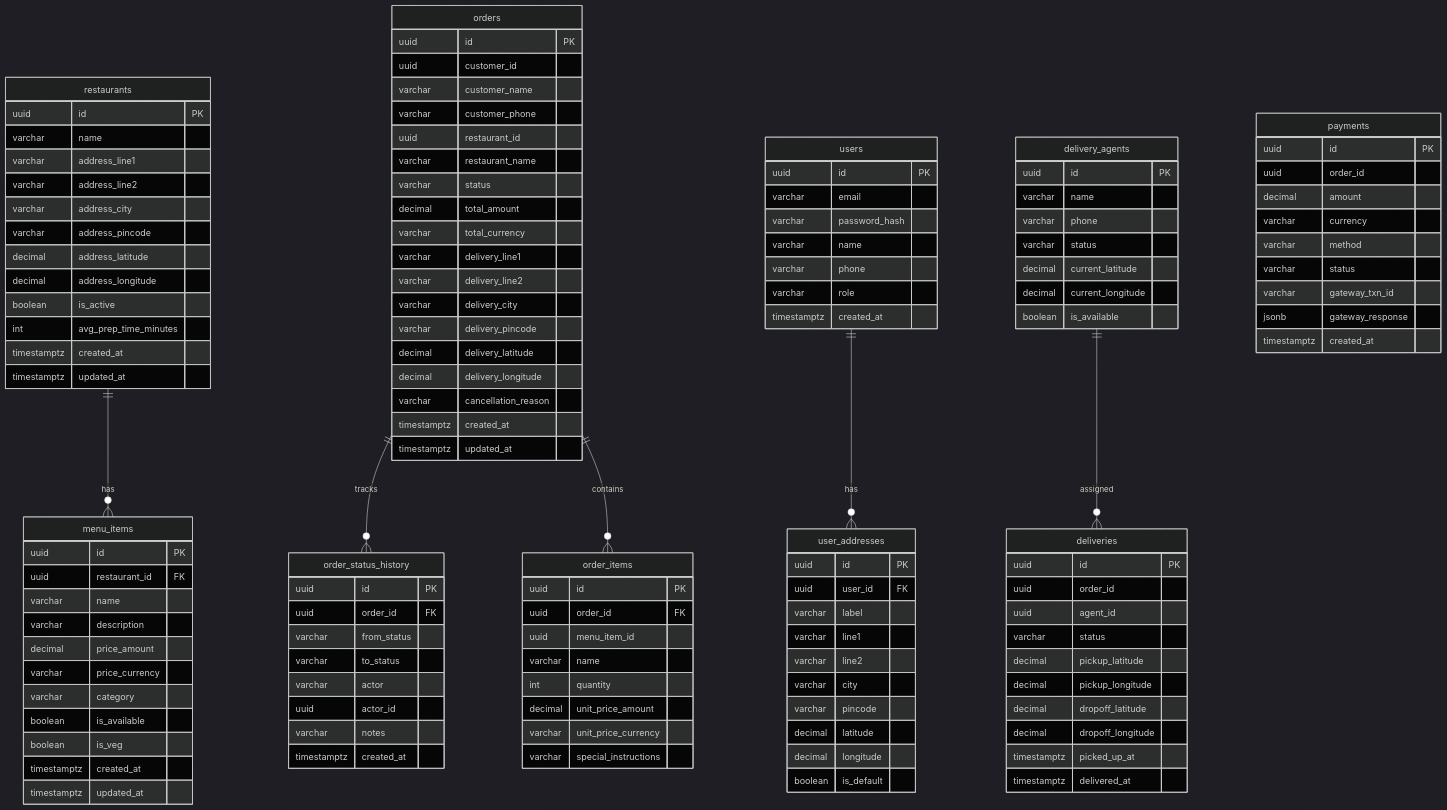
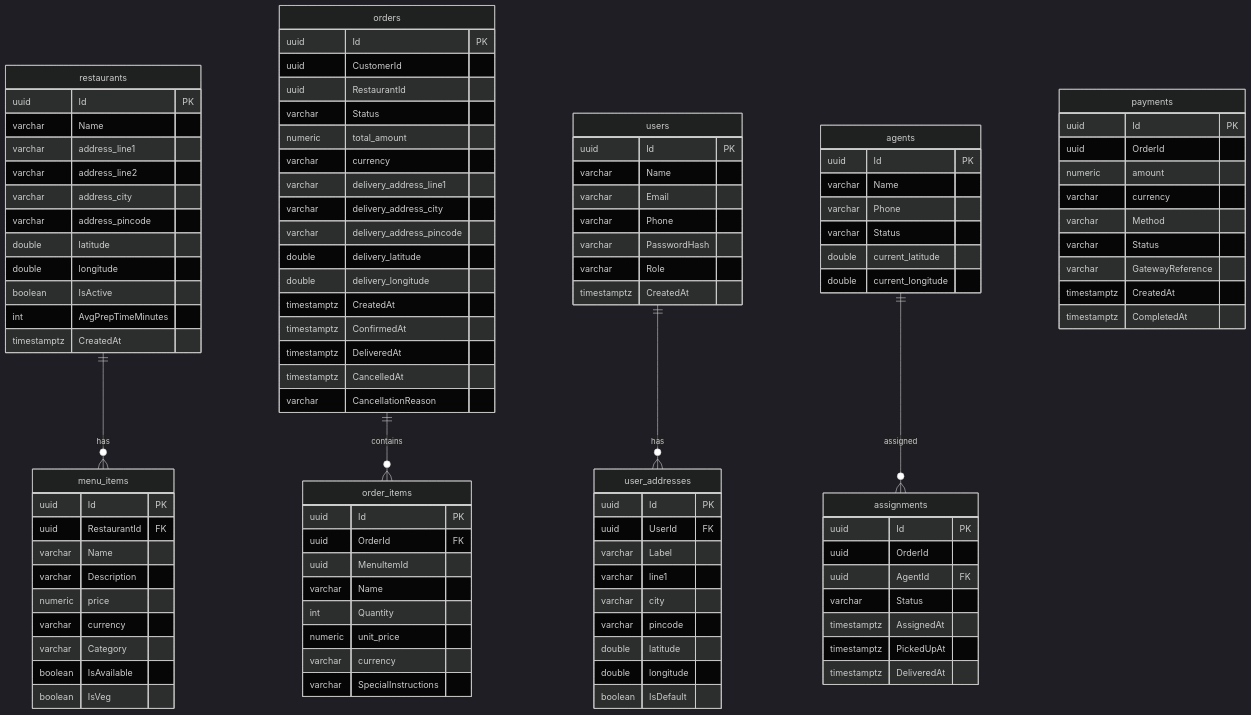
Before and after one commit to desiarchitect/tadka-cohort: the diagram in docs/diagrams/day-03-er-diagram.md, drawn with Mermaid (dark theme). The commit also changed other lines of this file and 1 other file, not shown here.

Commit message:
day-03 docs: reconcile schema doc + ER diagram to the live EF model
Regenerated from the running DB: correct 9 tables (no phantom order_status_history), clean owned-VO money columns (total_amount/currency, unit_price, price, amount), delivery tables agents/assignments, restaurants address_* + latitude/longitude. Documented the mixed PascalCase/snake_case casing honestly. Design rules + seed (incl. seeded customer) updated.

````diff
--- a/docs/diagrams/day-03-er-diagram.md
+++ b/docs/diagrams/day-03-er-diagram.md
@@ -7,147 +7,116 @@
 ```mermaid
 erDiagram
-    %% ===== RESTAURANT SCHEMA (green) =====
+    %% ===== restaurant schema =====
     restaurants {
-        uuid id PK
-        varchar name
+        uuid Id PK
+        varchar Name
         varchar address_line1
         varchar address_line2
         varchar address_city
         varchar address_pincode
-        decimal address_latitude
-        decimal address_longitude
-        boolean is_active
-        int avg_prep_time_minutes
-        timestamptz created_at
-        timestamptz updated_at
+        double latitude
+        double longitude
+        boolean IsActive
+        int AvgPrepTimeMinutes
+        timestamptz CreatedAt
     }
-
     menu_items {
-        uuid id PK
-        uuid restaurant_id FK
-        varchar name
-        varchar description
-        decimal price_amount
-        varchar price_currency
-        varchar category
-        boolean is_available
-        boolean is_veg
-        timestamptz created_at
-        timestamptz updated_at
+        uuid Id PK
+        uuid RestaurantId FK
+        varchar Name
+        varchar Description
+        numeric price
+        varchar currency
+        varchar Category
+        boolean IsAvailable
+        boolean IsVeg
     }
-
     restaurants ||--o{ menu_items : "has"
 
-    %% ===== ORDERING SCHEMA (blue) =====
+    %% ===== ordering schema =====
     orders {
-        uuid id PK
-        uuid customer_id
-        varchar customer_name
-        varchar customer_phone
-        uuid restaurant_id
-        varchar restaurant_name
-        varchar status
-        decimal total_amount
-        varchar total_currency
-        varchar delivery_line1
-        varchar delivery_line2
-        varchar delivery_city
-        varchar delivery_pincode
-        decimal delivery_latitude
-        decimal delivery_longitude
-        varchar cancellation_reason
-        timestamptz created_at
-        timestamptz updated_at
+        uuid Id PK
+        uuid CustomerId
+        uuid RestaurantId
+        varchar Status
+        numeric total_amount
+        varchar currency
+        varchar delivery_address_line1
+        varchar delivery_address_city
+        varchar delivery_address_pincode
+        double delivery_latitude
+        double delivery_longitude
+        timestamptz CreatedAt
+        timestamptz ConfirmedAt
+        timestamptz DeliveredAt
+        timestamptz CancelledAt
+        varchar CancellationReason
     }
-
-    order_status_history {
-        uuid id PK
-        uuid order_id FK
-        varchar from_status
-        varchar to_status
-        varchar actor
-        uuid actor_id
-        varchar notes
-        timestamptz created_at
+    order_items {
+        uuid Id PK
+        uuid OrderId FK
+        uuid MenuItemId
+        varchar Name
+        int Quantity
+        numeric unit_price
+        varchar currency
+        varchar SpecialInstructions
     }
-
-    orders ||--o{ order_status_history : "tracks"
-
-    order_items {
-        uuid id PK
-        uuid order_id FK
-        uuid menu_item_id
-        varchar name
-        int quantity
-        decimal unit_price_amount
-        varchar unit_price_currency
-        varchar special_instructions
-    }
-
     orders ||--o{ order_items : "contains"
 
-    %% ===== IDENTITY SCHEMA =====
+    %% ===== identity schema =====
     users {
-        uuid id PK
-        varchar email
-        varchar password_hash
-        varchar name
-        varchar phone
-        varchar role
-        timestamptz created_at
+        uuid Id PK
+        varchar Name
+        varchar Email
+        varchar Phone
+        varchar PasswordHash
+        varchar Role
+        timestamptz CreatedAt
     }
-
     user_addresses {
-        uuid id PK
-        uuid user_id FK
-        varchar label
+        uuid Id PK
+        uuid UserId FK
+        varchar Label
         varchar line1
-        varchar line2
         varchar city
         varchar pincode
-        decimal latitude
-        decimal longitude
-        boolean is_default
+        double latitude
+        double longitude
+        boolean IsDefault
     }
-
     users ||--o{ user_addresses : "has"
 
-    %% ===== DELIVERY SCHEMA =====
-    delivery_agents {
-        uuid id PK
-        varchar name
-        varchar phone
-        varchar status
-        decimal current_latitude
-        decimal current_longitude
-        boolean is_available
+    %% ===== delivery schema =====
+    agents {
+        uuid Id PK
+        varchar Name
+        varchar Phone
+        varchar Status
+        double current_latitude
+        double current_longitude
     }
+    assignments {
+        uuid Id PK
+        uuid OrderId
+        uuid AgentId FK
+        varchar Status
+        timestamptz AssignedAt
+        timestamptz PickedUpAt
+        timestamptz DeliveredAt
+    }
+    agents ||--o{ assignments : "assigned"
 
-    deliveries {
-        uuid id PK
-        uuid order_id
-        uuid agent_id
-        varchar status
-        decimal pickup_latitude
-        decimal pickup_longitude
-        decimal dropoff_latitude
-        decimal dropoff_longitude
-        timestamptz picked_up_at
-        timestamptz delivered_at
-    }
-
-    delivery_agents ||--o{ deliveries : "assigned"
-
-    %% ===== PAYMENT SCHEMA =====
+    %% ===== payment schema =====
     payments {
-        uuid id PK
-        uuid order_id
-        decimal amount
+        uuid Id PK
+        uuid OrderId
+        numeric amount
         varchar currency
-        varchar method
-        varchar status
-        varchar gateway_txn_id
-        jsonb gateway_response
-        timestamptz created_at
+        varchar Method
+        varchar Status
+        varchar GatewayReference
+        timestamptz CreatedAt
+        timestamptz CompletedAt
     }
 ```
````
